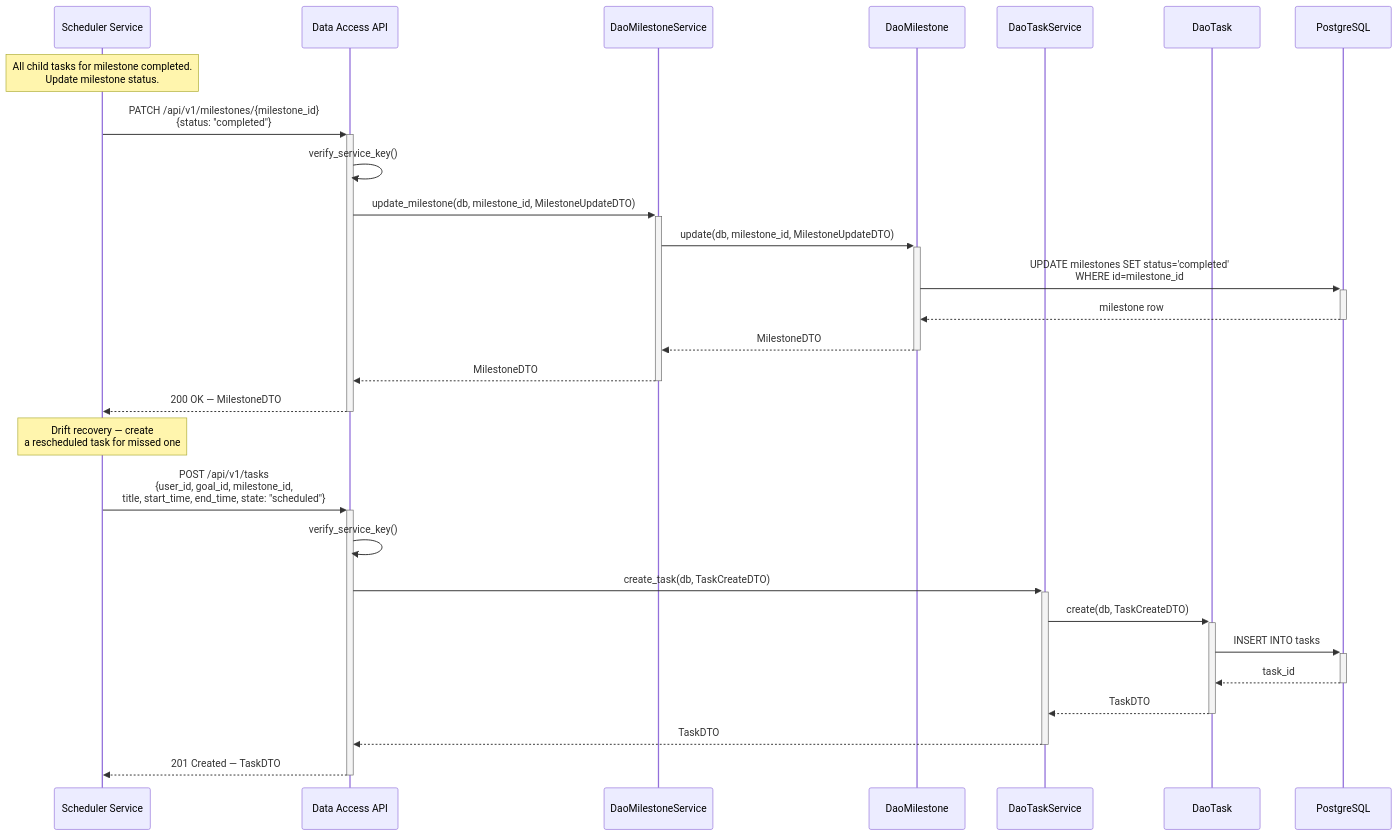
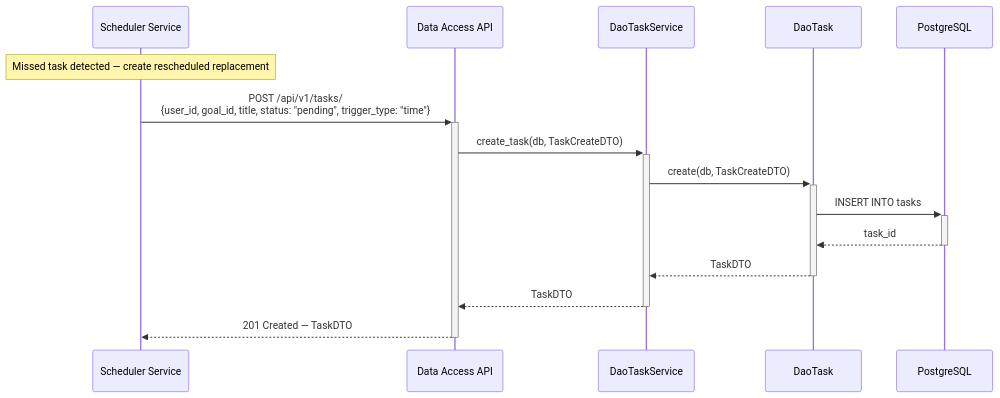
Before and after one commit to MacDavicK/Flux-Team-8: the second of 5 diagrams in docs/dao_design.md, drawn with Mermaid. The commit also changed other lines of this file and 12 other files, not shown here.

````diff
--- a/docs/dao_design.md
+++ b/docs/dao_design.md
@@ -379,34 +360,19 @@
 ```mermaid
 sequenceDiagram
     participant SC as Scheduler Service
     participant API as Data Access API
-    participant MSVC as DaoMilestoneService
-    participant DM as DaoMilestone
     participant TSVC as DaoTaskService
     participant DT as DaoTask
     participant DB as PostgreSQL
 
-    Note over SC: All child tasks for milestone completed.<br/>Update milestone status.
+    Note over SC: Missed task detected — create rescheduled replacement
 
-    SC->>+API: PATCH /api/v1/milestones/{milestone_id}<br/>{status: "completed"}
-    API->>API: verify_service_key()
-    API->>+MSVC: update_milestone(db, milestone_id, MilestoneUpdateDTO)
-    MSVC->>+DM: update(db, milestone_id, MilestoneUpdateDTO)
-    DM->>+DB: UPDATE milestones SET status='completed'<br/>WHERE id=milestone_id
-    DB-->>-DM: milestone row
-    DM-->>-MSVC: MilestoneDTO
-    MSVC-->>-API: MilestoneDTO
-    API-->>-SC: 200 OK — MilestoneDTO
-
-    Note over SC: Drift recovery — create<br/>a rescheduled task for missed one
-
-    SC->>+API: POST /api/v1/tasks<br/>{user_id, goal_id, milestone_id,<br/>title, start_time, end_time, state: "scheduled"}
-    API->>API: verify_service_key()
+    SC->>+API: POST /api/v1/tasks/<br/>{user_id, goal_id, title, status: "pending", trigger_type: "time"}
     API->>+TSVC: create_task(db, TaskCreateDTO)
     TSVC->>+DT: create(db, TaskCreateDTO)
     DT->>+DB: INSERT INTO tasks
     DB-->>-DT: task_id
     DT-->>-TSVC: TaskDTO
     TSVC-->>-API: TaskDTO
     API-->>-SC: 201 Created — TaskDTO
 ```
````
